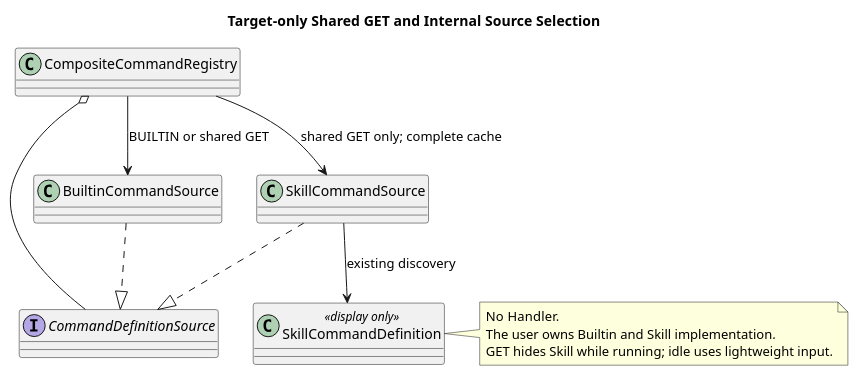
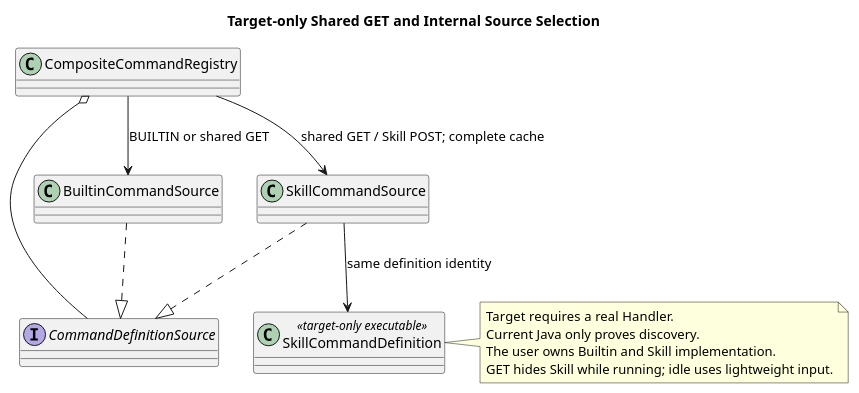
The first of 3 diagrams in 04-命令与技能/02-技能命令/设计图/diagram.puml (ssm0808/pi-mono-java-design), drawn with PlantUML before and after one commit. The commit also changed other lines of this file and 52 other files, not shown here.

```diff
--- a/04-命令与技能/02-技能命令/设计图/diagram.puml
+++ b/04-命令与技能/02-技能命令/设计图/diagram.puml
@@ -1,22 +1,23 @@
 @startuml skill_catalog
 title Target-only Shared GET and Internal Source Selection
 ' Source evidence: pi-mono-java@6f52fddc modules/coding-agent-cli/src/main/java/com/campusclaw/codingagent/runtimeapi/service/command/SkillCommandSource.java list.
 ' Product decision: shared GET requires complete Agent cache; internal BUILTIN selection skips Skill sources.
 skinparam shadowing false
 class CompositeCommandRegistry
 interface CommandDefinitionSource
 class BuiltinCommandSource
 class SkillCommandSource
-class SkillCommandDefinition <<display only>>
+class SkillCommandDefinition <<target-only executable>>
 BuiltinCommandSource ..|> CommandDefinitionSource
 SkillCommandSource ..|> CommandDefinitionSource
 CompositeCommandRegistry o-- CommandDefinitionSource
 CompositeCommandRegistry --> BuiltinCommandSource : BUILTIN or shared GET
-CompositeCommandRegistry --> SkillCommandSource : shared GET only; complete cache
-SkillCommandSource --> SkillCommandDefinition : existing discovery
+CompositeCommandRegistry --> SkillCommandSource : shared GET / Skill POST; complete cache
+SkillCommandSource --> SkillCommandDefinition : same definition identity
 note right of SkillCommandDefinition
-No Handler.
+Target requires a real Handler.
+Current Java only proves discovery.
 The user owns Builtin and Skill implementation.
 GET hides Skill while running; idle uses lightweight input.
 end note
 @enduml
```
